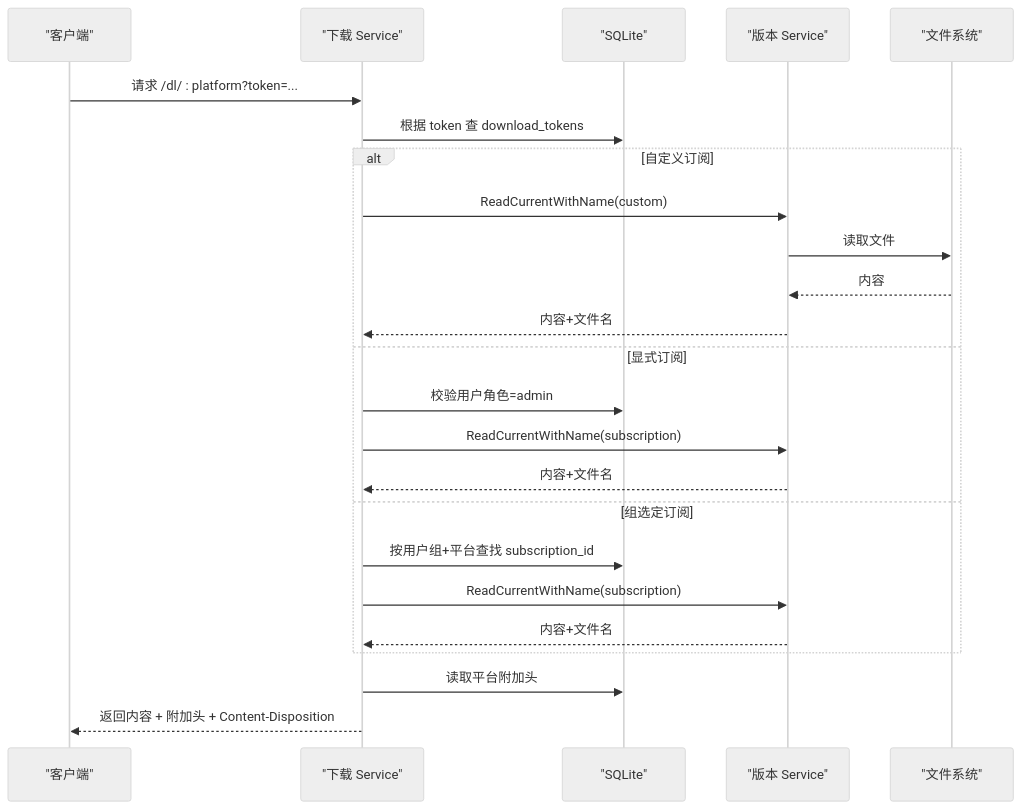
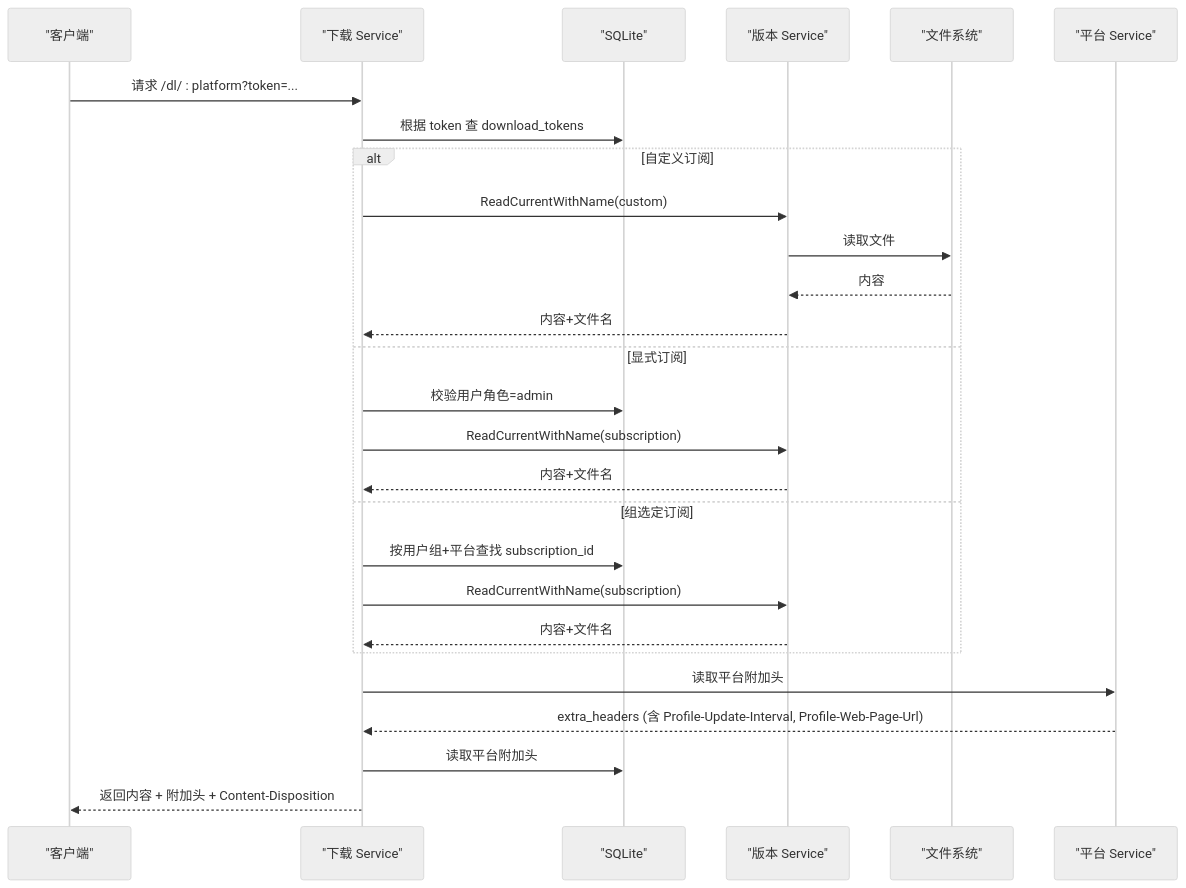
Before and after one commit to AlcaProphet/VPN-Subscription-Management: the fifth of 11 diagrams in .qoder/repowiki/zh/content/核心功能模块/订阅管理系统.md, drawn with Mermaid (neutral theme). The commit also changed other lines of this file and 102 other files, not shown here.

````diff
--- a/.qoder/repowiki/zh/content/核心功能模块/订阅管理系统.md
+++ b/.qoder/repowiki/zh/content/核心功能模块/订阅管理系统.md
@@ -251,26 +263,29 @@
 ```mermaid
 sequenceDiagram
 participant C as "客户端"
 participant D as "下载 Service"
 participant DB as "SQLite"
 participant V as "版本 Service"
 participant FS as "文件系统"
+participant P as "平台 Service"
 C->>D : 请求 /dl/ : platform?token=...
 D->>DB : 根据 token 查 download_tokens
 alt 自定义订阅
 D->>V : ReadCurrentWithName(custom)
 V->>FS : 读取文件
 FS-->>V : 内容
 V-->>D : 内容+文件名
 else 显式订阅
 D->>DB : 校验用户角色=admin
 D->>V : ReadCurrentWithName(subscription)
 V-->>D : 内容+文件名
 else 组选定订阅
 D->>DB : 按用户组+平台查找 subscription_id
 D->>V : ReadCurrentWithName(subscription)
 V-->>D : 内容+文件名
 end
+D->>P : 读取平台附加头
+P-->>D : extra_headers (含 Profile-Update-Interval, Profile-Web-Page-Url)
 D->>DB : 读取平台附加头
 D-->>C : 返回内容 + 附加头 + Content-Disposition
 ```
````
